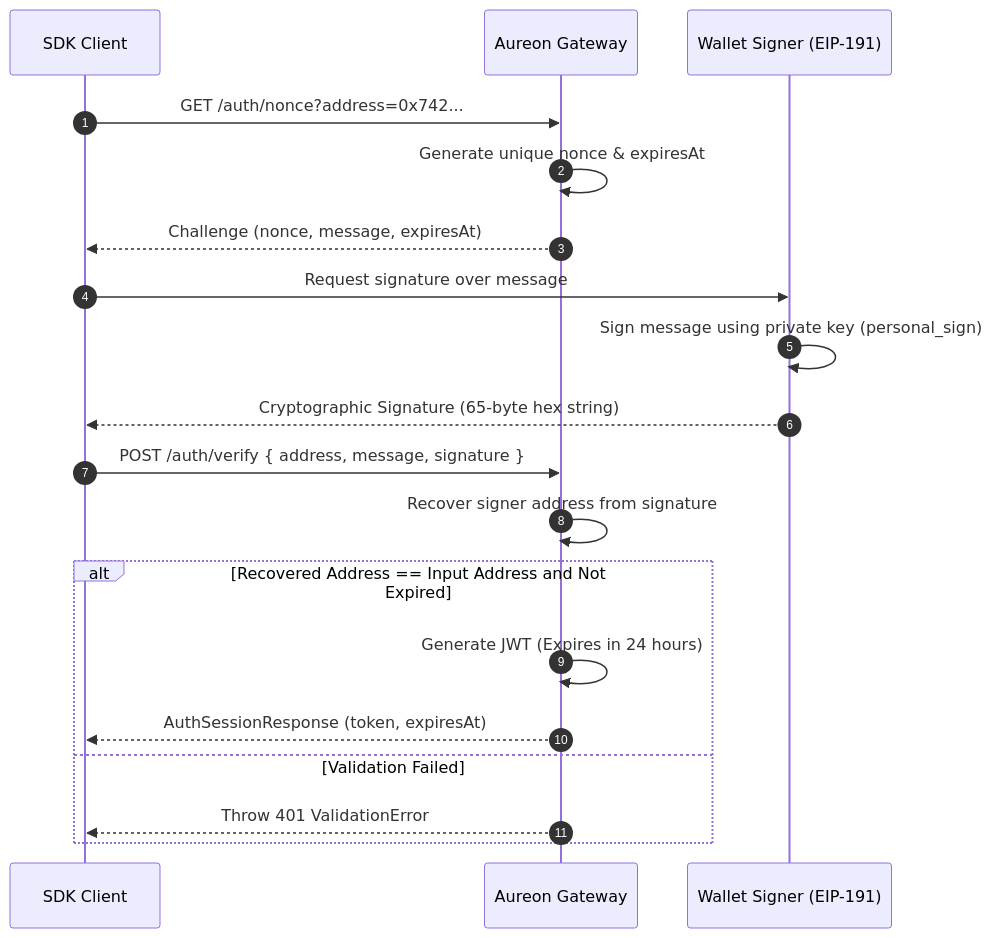
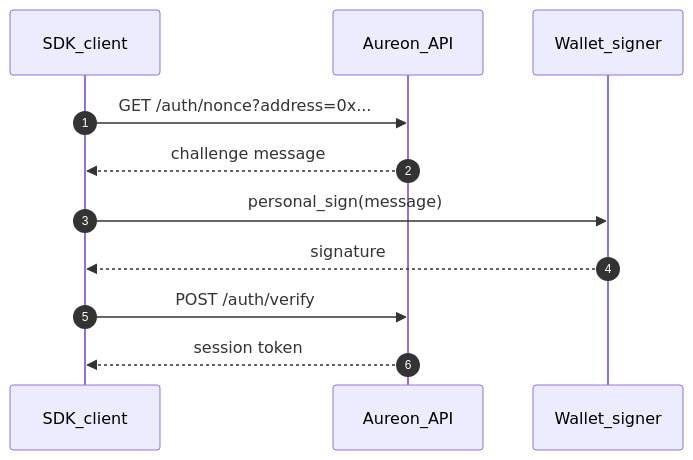
One commit to buildaureon/aureon-sdk changed the second of 2 diagrams in docs/auth.md. Above: the diagram before and after it, drawn with Mermaid. The commit also changed other lines of this file, not shown here.

Commit message:
docs: trim auth reference and tighten session lifecycle coverage

````diff
--- a/docs/auth.md
+++ b/docs/auth.md
@@ -33,22 +71,14 @@
 ```mermaid
 sequenceDiagram
   autonumber
-  participant Client as SDK Client
-  participant Gateway as Aureon Gateway
-  participant Signer as Wallet Signer (EIP-191)
+  participant Client as SDK_client
+  participant API as Aureon_API
+  participant Signer as Wallet_signer
 
-  Client->>Gateway: GET /auth/nonce?address=0x742...
-  Gateway->>Gateway: Generate unique nonce & expiresAt
-  Gateway-->>Client: Challenge (nonce, message, expiresAt)
-  Client->>Signer: Request signature over message
-  Signer->>Signer: Sign message using private key (personal_sign)
-  Signer-->>Client: Cryptographic Signature (65-byte hex string)
-  Client->>Gateway: POST /auth/verify { address, message, signature }
-  Gateway->>Gateway: Recover signer address from signature
-  alt Recovered Address == Input Address and Not Expired
-    Gateway->>Gateway: Generate JWT (Expires in 24 hours)
-    Gateway-->>Client: AuthSessionResponse (token, expiresAt)
-  else Validation Failed
-    Gateway-->>Client: Throw 401 ValidationError
-  end
+  Client->>API: GET /auth/nonce?address=0x...
+  API-->>Client: challenge message
+  Client->>Signer: personal_sign(message)
+  Signer-->>Client: signature
+  Client->>API: POST /auth/verify
+  API-->>Client: session token
 ```
````
